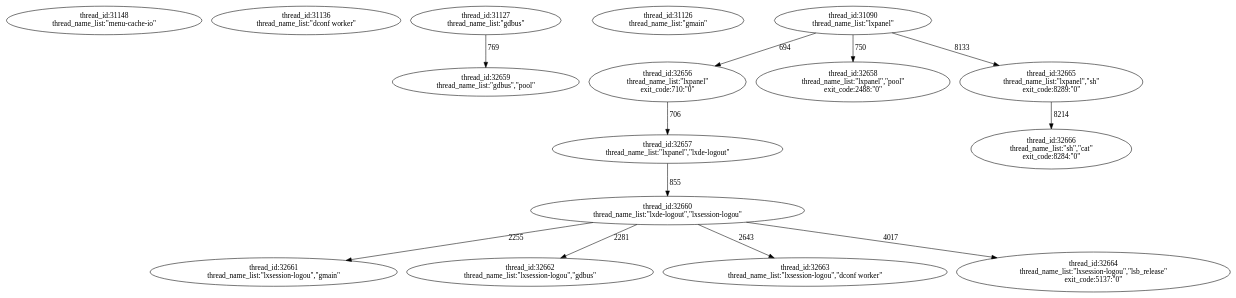
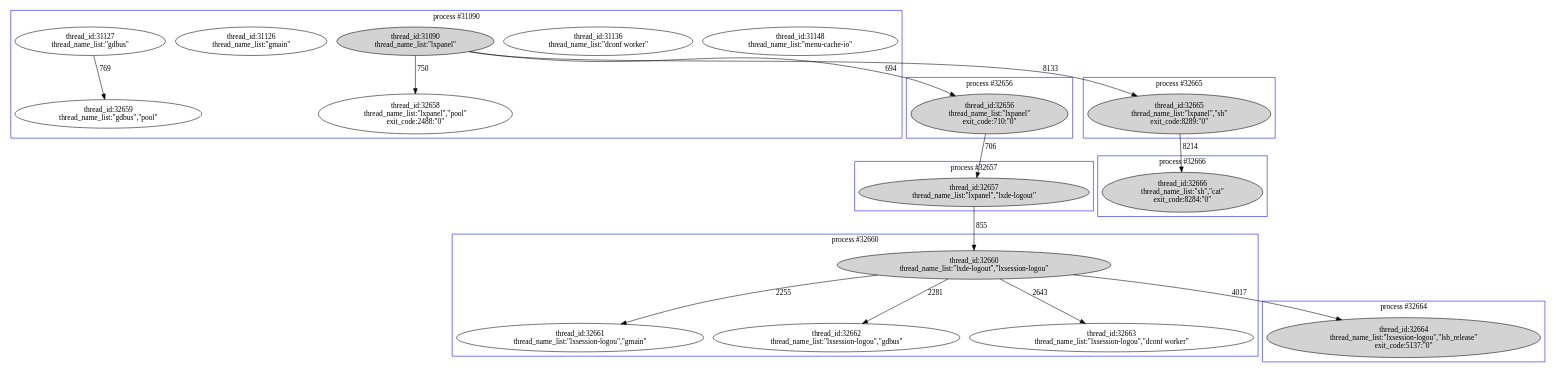
Before and after one commit to ELWIN-MAO/data_process: the diagram in strace_data_lxde_logout_sucess/all.sort.normal.dot, drawn with Graphviz. The commit also changed 8 other files, not shown here.

```diff
--- a/strace_data_lxde_logout_sucess/all.sort.normal.dot
+++ b/strace_data_lxde_logout_sucess/all.sort.normal.dot
@@ -1,45 +1,73 @@
 digraph abc{
+subgraph cluster_31090 {
 31148   [label="thread_id:31148\nthread_name_list:\"menu-cache-io\""];
 31136   [label="thread_id:31136\nthread_name_list:\"dconf worker\""];
 31127   [label="thread_id:31127\nthread_name_list:\"gdbus\""];
 31126   [label="thread_id:31126\nthread_name_list:\"gmain\""];
-31090   [label="thread_id:31090\nthread_name_list:\"lxpanel\""];
-32656   [label="thread_id:32656\nthread_name_list:\"lxpanel\"\nexit_code:710:\"0\""];
-32657   [label="thread_id:32657\nthread_name_list:\"lxpanel\",\"lxde-logout\""];
+31090   [label="thread_id:31090\nthread_name_list:\"lxpanel\"", style = filled ];
 32658   [label="thread_id:32658\nthread_name_list:\"lxpanel\",\"pool\"\nexit_code:2488:\"0\""];
 32659   [label="thread_id:32659\nthread_name_list:\"gdbus\",\"pool\""];
-32660   [label="thread_id:32660\nthread_name_list:\"lxde-logout\",\"lxsession-logou\""];
+label = "process #31090";
+color = blue;
+}
+subgraph cluster_32656 {
+32656   [label="thread_id:32656\nthread_name_list:\"lxpanel\"\nexit_code:710:\"0\"", style = filled ];
+label = "process #32656";
+color = blue;
+}
+subgraph cluster_32657 {
+32657   [label="thread_id:32657\nthread_name_list:\"lxpanel\",\"lxde-logout\"", style = filled ];
+label = "process #32657";
+color = blue;
+}
+subgraph cluster_32660 {
+32660   [label="thread_id:32660\nthread_name_list:\"lxde-logout\",\"lxsession-logou\"", style = filled ];
 32661   [label="thread_id:32661\nthread_name_list:\"lxsession-logou\",\"gmain\""];
 32662   [label="thread_id:32662\nthread_name_list:\"lxsession-logou\",\"gdbus\""];
 32663   [label="thread_id:32663\nthread_name_list:\"lxsession-logou\",\"dconf worker\""];
-32664   [label="thread_id:32664\nthread_name_list:\"lxsession-logou\",\"lsb_release\"\nexit_code:5137:\"0\""];
-32665   [label="thread_id:32665\nthread_name_list:\"lxpanel\",\"sh\"\nexit_code:8289:\"0\""];
-32666   [label="thread_id:32666\nthread_name_list:\"sh\",\"cat\"\nexit_code:8284:\"0\""];
+label = "process #32660";
+color = blue;
+}
+subgraph cluster_32664 {
+32664   [label="thread_id:32664\nthread_name_list:\"lxsession-logou\",\"lsb_release\"\nexit_code:5137:\"0\"", style = filled ];
+label = "process #32664";
+color = blue;
+}
+subgraph cluster_32665 {
+32665   [label="thread_id:32665\nthread_name_list:\"lxpanel\",\"sh\"\nexit_code:8289:\"0\"", style = filled ];
+label = "process #32665";
+color = blue;
+}
+subgraph cluster_32666 {
+32666   [label="thread_id:32666\nthread_name_list:\"sh\",\"cat\"\nexit_code:8284:\"0\"", style = filled ];
+label = "process #32666";
+color = blue;
+}
 
 
 31127 -> 32659   [label="769"];
 
 
 31090 -> 32656   [label="694"];
 31090 -> 32658   [label="750"];
 31090 -> 32665   [label="8133"];
 
 32656 -> 32657   [label="706"];
 
 32657 -> 32660   [label="855"];
 
 
 
 32660 -> 32661   [label="2255"];
 32660 -> 32662   [label="2281"];
 32660 -> 32663   [label="2643"];
 32660 -> 32664   [label="4017"];
 
 
 
 
 
 32665 -> 32666   [label="8214"];
 
 
 }
```
